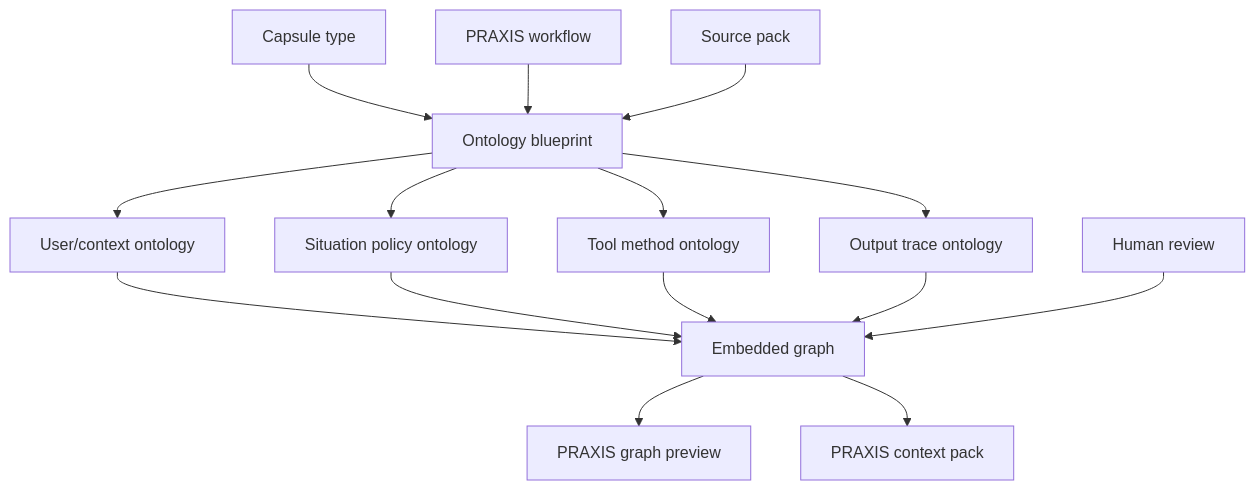
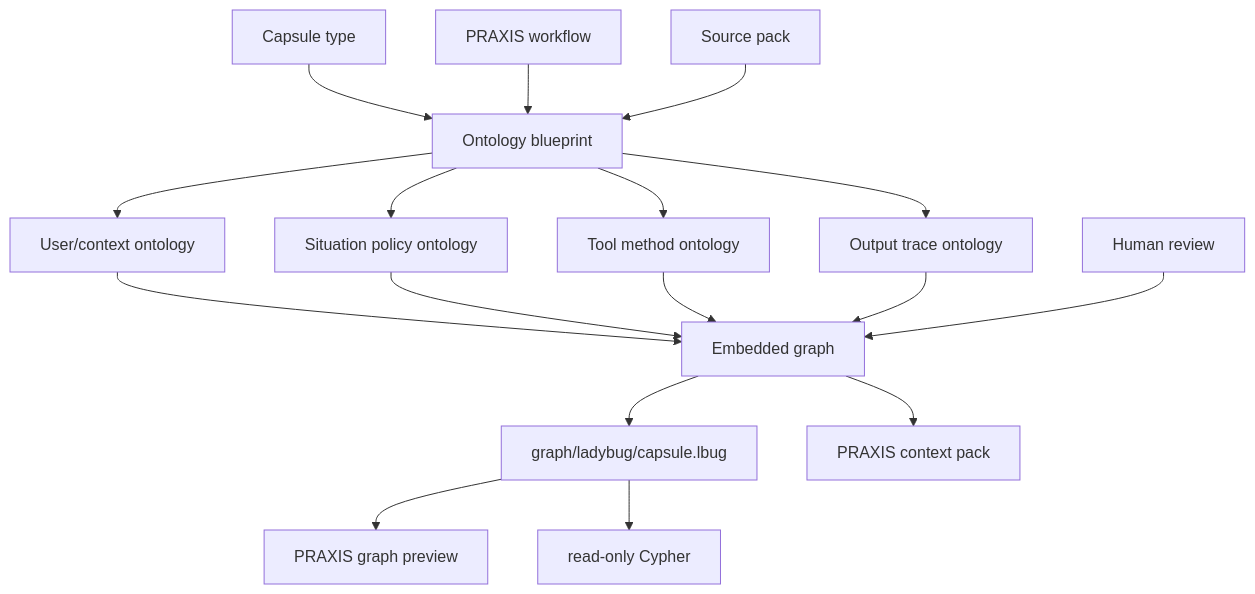
Before and after one commit to sargonxg/A3_DIALECTICAbyTACITUS_v3: the third of 3 diagrams in README.md, drawn with Mermaid. The commit also changed other lines of this file and 39 other files, not shown here.

Commit message:
feat: require embedded Ladybug capsule graphs

````diff
--- a/README.md
+++ b/README.md
@@ -431,17 +445,19 @@
 ```mermaid
 flowchart TB
   Type["Capsule type"] --> Planner["Ontology blueprint"]
   Workflow["PRAXIS workflow"] --> Planner
   Sources["Source pack"] --> Planner
   Planner --> User["User/context ontology"]
   Planner --> Situation["Situation policy ontology"]
   Planner --> Method["Tool method ontology"]
   Planner --> Output["Output trace ontology"]
   User --> Graph["Embedded graph"]
   Situation --> Graph
   Method --> Graph
   Output --> Graph
-  Graph --> Preview["PRAXIS graph preview"]
+  Graph --> Ladybug["graph/ladybug/capsule.lbug"]
+  Ladybug --> Preview["PRAXIS graph preview"]
+  Ladybug --> Cypher["read-only Cypher"]
   Graph --> Pack["PRAXIS context pack"]
   Review["Human review"] --> Graph
 ```
````
